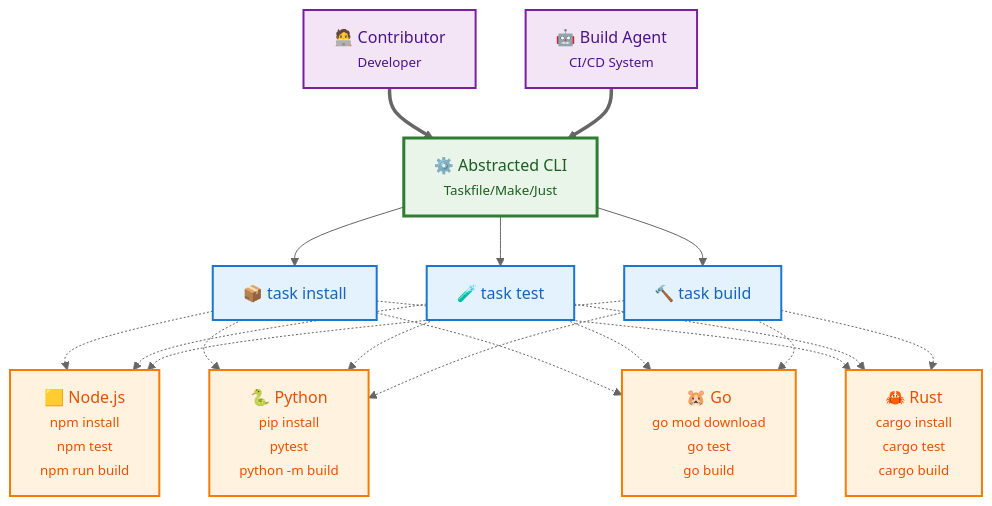
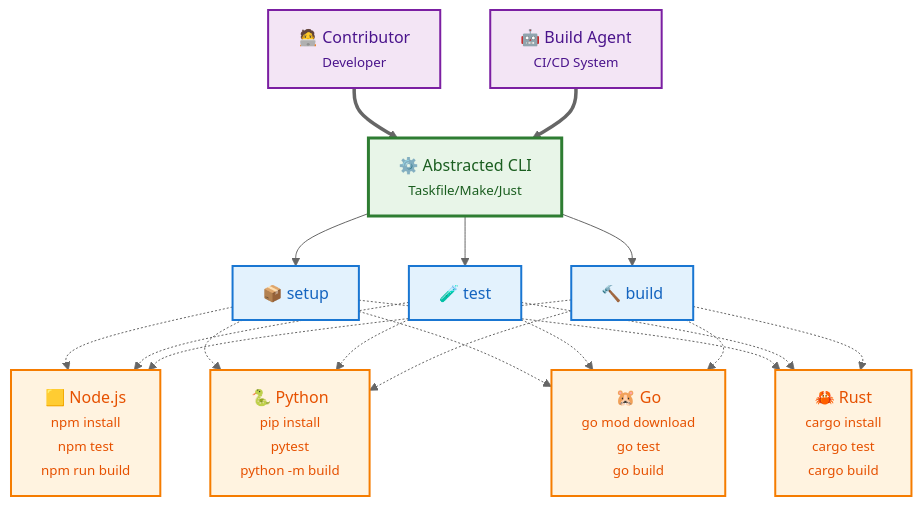
Before and after one commit to codebase-interface/presentations: the eighth of 9 diagrams in introduction-to-codebase-interface/slides.md, drawn with Mermaid (neutral theme).

Commit message:
changed install to setup

````diff
--- a/introduction-to-codebase-interface/slides.md
+++ b/introduction-to-codebase-interface/slides.md
@@ -232,54 +232,54 @@
 ```mermaid
 graph TD
     %% Audiences
     CONTRIBUTOR["🧑‍💻 Contributor<br/><small>Developer</small>"]
     BUILD_AGENT["🤖 Build Agent<br/><small>CI/CD System</small>"]
     
     %% Abstraction Layer
     CLI["⚙️ Abstracted CLI<br/><small>Taskfile/Make/Just</small>"]
     
     %% Common Commands
-    INSTALL["📦 task install"]
-    TEST["🧪 task test"]
-    BUILD["🔨 task build"]
+    SETUP["📦 setup"]
+    TEST["🧪 test"]
+    BUILD["🔨 build"]
     
     %% Language-Specific Tools
     NODE["🟨 Node.js<br/><small>npm install<br/>npm test<br/>npm run build</small>"]
     PYTHON["🐍 Python<br/><small>pip install<br/>pytest<br/>python -m build</small>"]
     GO["🐹 Go<br/><small>go mod download<br/>go test<br/>go build</small>"]
     RUST["🦀 Rust<br/><small>cargo install<br/>cargo test<br/>cargo build</small>"]
     
     %% Connections
     CONTRIBUTOR ==> CLI
     BUILD_AGENT ==> CLI
     
-    CLI --> INSTALL
+    CLI --> SETUP
     CLI --> TEST
     CLI --> BUILD
     
-    INSTALL -.-> NODE
-    INSTALL -.-> PYTHON
-    INSTALL -.-> GO
-    INSTALL -.-> RUST
+    SETUP -.-> NODE
+    SETUP -.-> PYTHON
+    SETUP -.-> GO
+    SETUP -.-> RUST
     
     TEST -.-> NODE
     TEST -.-> PYTHON
     TEST -.-> GO
     TEST -.-> RUST
     
     BUILD -.-> NODE
     BUILD -.-> PYTHON
     BUILD -.-> GO
     BUILD -.-> RUST
     
     %% Styling
     classDef audience fill:#f3e5f5,stroke:#7b1fa2,stroke-width:2px,color:#4a148c
     classDef abstraction fill:#e8f5e8,stroke:#2e7d32,stroke-width:3px,color:#1b5e20
     classDef command fill:#e3f2fd,stroke:#1976d2,stroke-width:2px,color:#1565c0
     classDef language fill:#fff3e0,stroke:#f57c00,stroke-width:2px,color:#e65100
     
     class CONTRIBUTOR,BUILD_AGENT audience
     class CLI abstraction
-    class INSTALL,TEST,BUILD command
+    class SETUP,TEST,BUILD command
     class NODE,PYTHON,GO,RUST language
 ```
````
